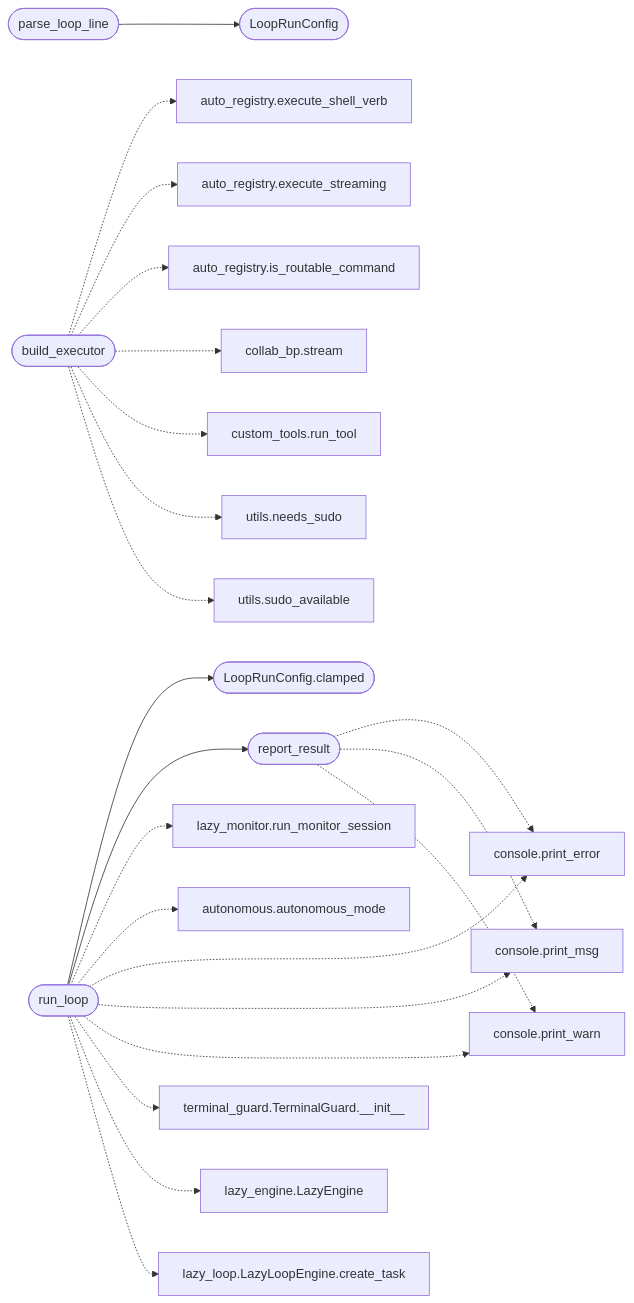
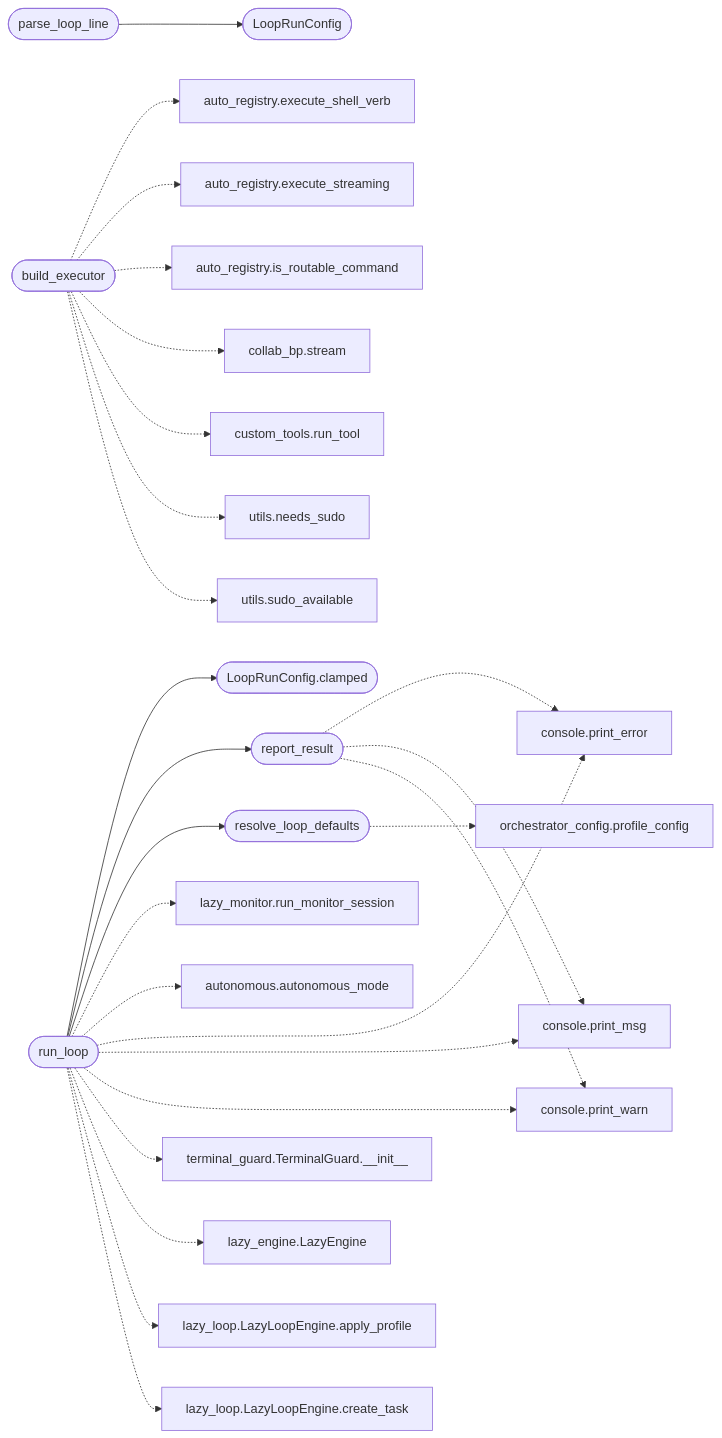
Before and after one commit to grisuno/LazyOwn: the diagram in readmenator-apidocs/modules/modules.lazy_runner.py.md, drawn with Mermaid. The commit also changed other lines of this file and 764 other files, not shown here.

````diff
--- a/readmenator-apidocs/modules/modules.lazy_runner.py.md
+++ b/readmenator-apidocs/modules/modules.lazy_runner.py.md
@@ -23,45 +23,51 @@
 ```mermaid
 flowchart LR
     n_modules_lazy_runner_py__parse_loop_line(["parse_loop_line"])
     n_modules_lazy_runner_py__LoopRunConfig(["LoopRunConfig"])
     n_modules_lazy_runner_py__run_loop(["run_loop"])
     n_modules_lazy_runner_py__LoopRunConfig_clamped(["LoopRunConfig.clamped"])
     n_modules_lazy_runner_py__report_result(["report_result"])
+    n_modules_lazy_runner_py__resolve_loop_defaults(["resolve_loop_defaults"])
+    n_modules_orchestrator_config_py__profile_config["orchestrator_config.profile_config"]
     n_modules_lazy_runner_py__build_executor(["build_executor"])
     n_modules_auto_registry_py__execute_shell_verb["auto_registry.execute_shell_verb"]
     n_modules_auto_registry_py__execute_streaming["auto_registry.execute_streaming"]
     n_modules_auto_registry_py__is_routable_command["auto_registry.is_routable_command"]
     n_modules_collab_bp_py__stream["collab_bp.stream"]
     n_modules_custom_tools_py__run_tool["custom_tools.run_tool"]
     n_utils_py__needs_sudo["utils.needs_sudo"]
     n_utils_py__sudo_available["utils.sudo_available"]
     n_core_console_py__print_error["console.print_error"]
     n_core_console_py__print_msg["console.print_msg"]
     n_core_console_py__print_warn["console.print_warn"]
     n_cli_lazy_monitor_py__run_monitor_session["lazy_monitor.run_monitor_session"]
     n_core_autonomous_py__autonomous_mode["autonomous.autonomous_mode"]
     n_core_terminal_guard_py__TerminalGuard___init__["terminal_guard.TerminalGuard.__init__"]
     n_modules_lazy_engine_py__LazyEngine["lazy_engine.LazyEngine"]
+    n_modules_lazy_loop_py__LazyLoopEngine_apply_profile["lazy_loop.LazyLoopEngine.apply_profile"]
     n_modules_lazy_loop_py__LazyLoopEngine_create_task["lazy_loop.LazyLoopEngine.create_task"]
     n_modules_lazy_runner_py__parse_loop_line --> n_modules_lazy_runner_py__LoopRunConfig
     n_modules_lazy_runner_py__run_loop --> n_modules_lazy_runner_py__LoopRunConfig_clamped
     n_modules_lazy_runner_py__run_loop --> n_modules_lazy_runner_py__report_result
+    n_modules_lazy_runner_py__run_loop --> n_modules_lazy_runner_py__resolve_loop_defaults
+    n_modules_lazy_runner_py__resolve_loop_defaults -.-> n_modules_orchestrator_config_py__profile_config
     n_modules_lazy_runner_py__build_executor -.-> n_modules_auto_registry_py__execute_shell_verb
     n_modules_lazy_runner_py__build_executor -.-> n_modules_auto_registry_py__execute_streaming
     n_modules_lazy_runner_py__build_executor -.-> n_modules_auto_registry_py__is_routable_command
     n_modules_lazy_runner_py__build_executor -.-> n_modules_collab_bp_py__stream
     n_modules_lazy_runner_py__build_executor -.-> n_modules_custom_tools_py__run_tool
     n_modules_lazy_runner_py__build_executor -.-> n_utils_py__needs_sudo
     n_modules_lazy_runner_py__build_executor -.-> n_utils_py__sudo_available
     n_modules_lazy_runner_py__report_result -.-> n_core_console_py__print_error
     n_modules_lazy_runner_py__report_result -.-> n_core_console_py__print_msg
     n_modules_lazy_runner_py__report_result -.-> n_core_console_py__print_warn
     n_modules_lazy_runner_py__run_loop -.-> n_cli_lazy_monitor_py__run_monitor_session
     n_modules_lazy_runner_py__run_loop -.-> n_core_autonomous_py__autonomous_mode
     n_modules_lazy_runner_py__run_loop -.-> n_core_console_py__print_error
     n_modules_lazy_runner_py__run_loop -.-> n_core_console_py__print_msg
     n_modules_lazy_runner_py__run_loop -.-> n_core_console_py__print_warn
     n_modules_lazy_runner_py__run_loop -.-> n_core_terminal_guard_py__TerminalGuard___init__
     n_modules_lazy_runner_py__run_loop -.-> n_modules_lazy_engine_py__LazyEngine
+    n_modules_lazy_runner_py__run_loop -.-> n_modules_lazy_loop_py__LazyLoopEngine_apply_profile
     n_modules_lazy_runner_py__run_loop -.-> n_modules_lazy_loop_py__LazyLoopEngine_create_task
 ```
````
